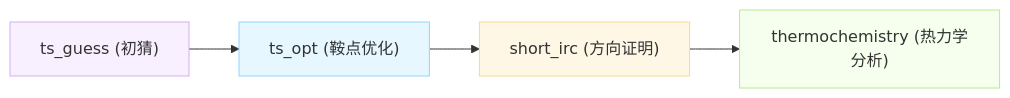
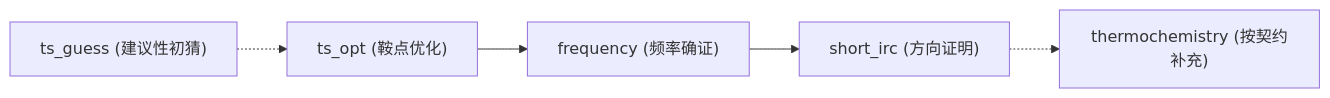
The diagram in AGENTS.md (jiajia-jun/Cloudra-mechanism-agent), drawn with Mermaid before and after one commit. The commit also changed other lines of this file and 1577 other files, not shown here.

````diff
--- a/AGENTS.md
+++ b/AGENTS.md
@@ -171,11 +169,7 @@
 ```mermaid
 flowchart LR
-    A["ts_guess (初猜)"] --> B["ts_opt (鞍点优化)"]
-    B --> C["short_irc (方向证明)"]
-    C --> D["thermochemistry (热力学分析)"]
-    
-    style A fill:#f9f0ff,stroke:#d3adf7
-    style B fill:#e6f7ff,stroke:#91d5ff
-    style C fill:#fff7e6,stroke:#ffd591
-    style D fill:#f6ffed,stroke:#b7eb8f
+    A["ts_guess (建议性初猜)"] -.-> B["ts_opt (鞍点优化)"]
+    B --> F["frequency (频率确证)"]
+    F --> C["short_irc (方向证明)"]
+    C -.-> D["thermochemistry (按契约补充)"]
 ```
````
